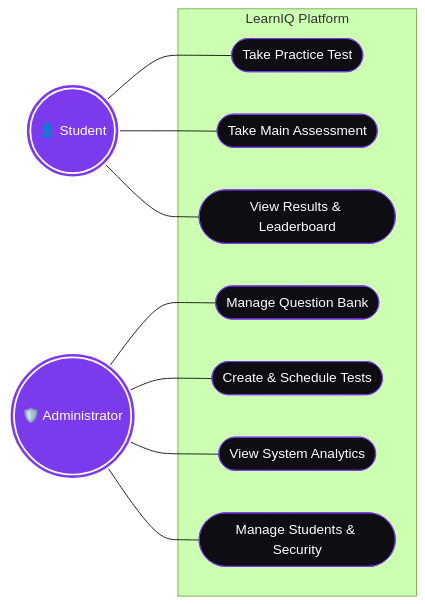
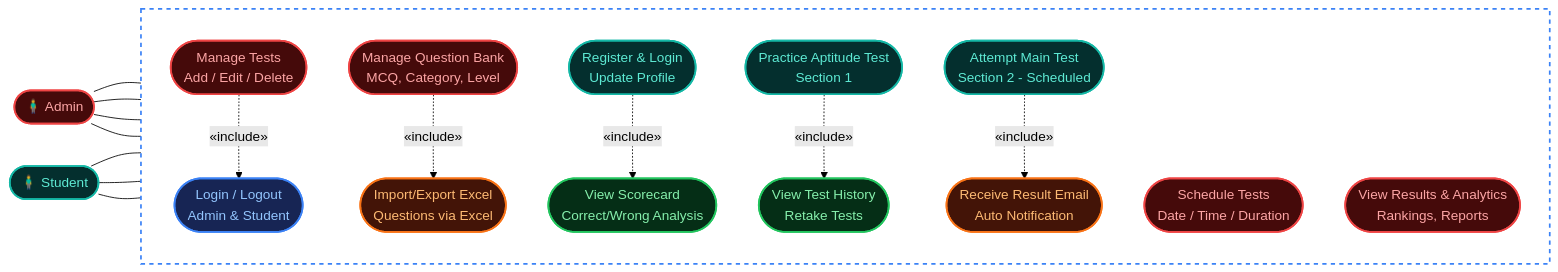
One commit to Nishantsg3/LearnIQ changed the second of 3 diagrams in README.md. Above: the diagram before and after it, drawn with Mermaid (forest theme). The commit also changed other lines of this file, not shown here.

Commit message:
docs: refine README diagrams based on exact project logic and user-provided designs

````diff
--- a/README.md
+++ b/README.md
@@ -140,34 +142,63 @@
 ```mermaid
 flowchart LR
     %% Actors
-    Student(((👤 Student)))
-    Admin(((🛡️ Administrator)))
+    Admin(["🧍‍♂️ Admin"])
+    Student(["🧍‍♂️ Student"])
 
     %% System Boundary
-    subgraph LearnIQ Platform
-        %% Student Use Cases
-        UC1([Take Practice Test])
-        UC2([Take Main Assessment])
-        UC3([View Results & Leaderboard])
+    subgraph SystemBoundary [LearnIQ System Boundary]
+        direction TB
         
         %% Admin Use Cases
-        UC4([Manage Question Bank])
-        UC5([Create & Schedule Tests])
-        UC6([View System Analytics])
-        UC7([Manage Students & Security])
+        Admin1([Manage Tests<br/>Add / Edit / Delete])
+        Admin2([Manage Question Bank<br/>MCQ, Category, Level])
+        Admin3([Schedule Tests<br/>Date / Time / Duration])
+        Admin4([View Results & Analytics<br/>Rankings, Reports])
+        
+        Shared1([Login / Logout<br/>Admin & Student])
+        Shared2([Import/Export Excel<br/>Questions via Excel])
+        
+        %% Student Use Cases
+        Student1([Register & Login<br/>Update Profile])
+        Student2([Practice Aptitude Test<br/>Section 1])
+        Student3([Attempt Main Test<br/>Section 2 - Scheduled])
+        
+        Student4([View Scorecard<br/>Correct/Wrong Analysis])
+        Student5([View Test History<br/>Retake Tests])
+        Student6([Receive Result Email<br/>Auto Notification])
     end
 
-    %% Relationships
-    Student --- UC1
-    Student --- UC2
-    Student --- UC3
-
-    Admin --- UC4
-    Admin --- UC5
-    Admin --- UC6
-    Admin --- UC7
+    %% Admin Connections
+    Admin --- Admin1
+    Admin --- Admin2
+    Admin --- Admin3
+    Admin --- Admin4
     
-    classDef default fill:#0d0d12,stroke:#7c3aed,stroke-width:1px,color:#fff;
-    classDef actor fill:#7c3aed,stroke:#fff,stroke-width:2px,color:#fff;
-    class Student,Admin actor;
+    Admin1 -.->|«include»| Shared1
+    Admin2 -.->|«include»| Shared2
+    
+    %% Student Connections
+    Student --- Student1
+    Student --- Student2
+    Student --- Student3
+    
+    Student1 -.->|«include»| Student4
+    Student2 -.->|«include»| Student5
+    Student3 -.->|«include»| Student6
+    
+    %% Dark Mode Styling
+    classDef default fill:#0d0d12,stroke:#555,stroke-width:1px,color:#fff;
+    classDef boundary fill:transparent,stroke:#3b82f6,stroke-width:2px,stroke-dasharray: 5 5,color:#fff;
+    classDef adminNode fill:#450a0a,stroke:#ef4444,stroke-width:2px,color:#fca5a5;
+    classDef studentNode fill:#042f2e,stroke:#14b8a6,stroke-width:2px,color:#5eead4;
+    classDef blueNode fill:#172554,stroke:#3b82f6,stroke-width:2px,color:#93c5fd;
+    classDef orangeNode fill:#431407,stroke:#f97316,stroke-width:2px,color:#fdba74;
+    classDef greenNode fill:#052e16,stroke:#22c55e,stroke-width:2px,color:#86efac;
+    
+    class SystemBoundary boundary;
+    class Admin,Admin1,Admin2,Admin3,Admin4 adminNode;
+    class Student,Student1,Student2,Student3 studentNode;
+    class Shared1 blueNode;
+    class Shared2,Student6 orangeNode;
+    class Student4,Student5 greenNode;
 ```
````
